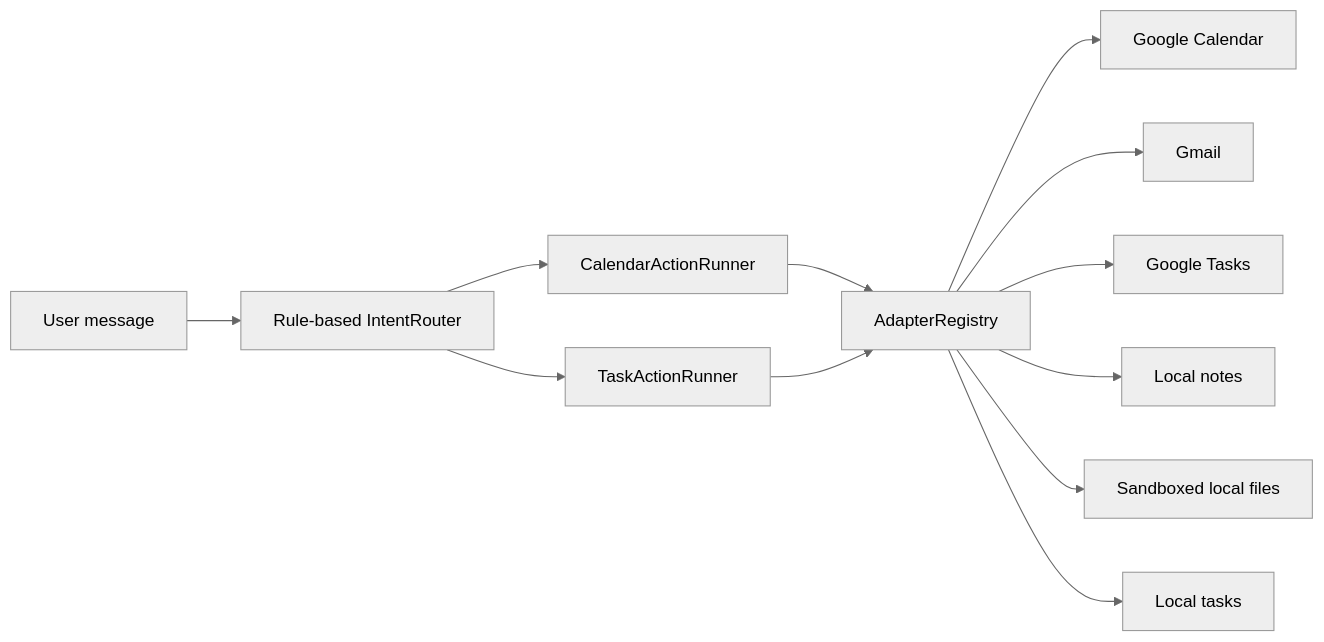
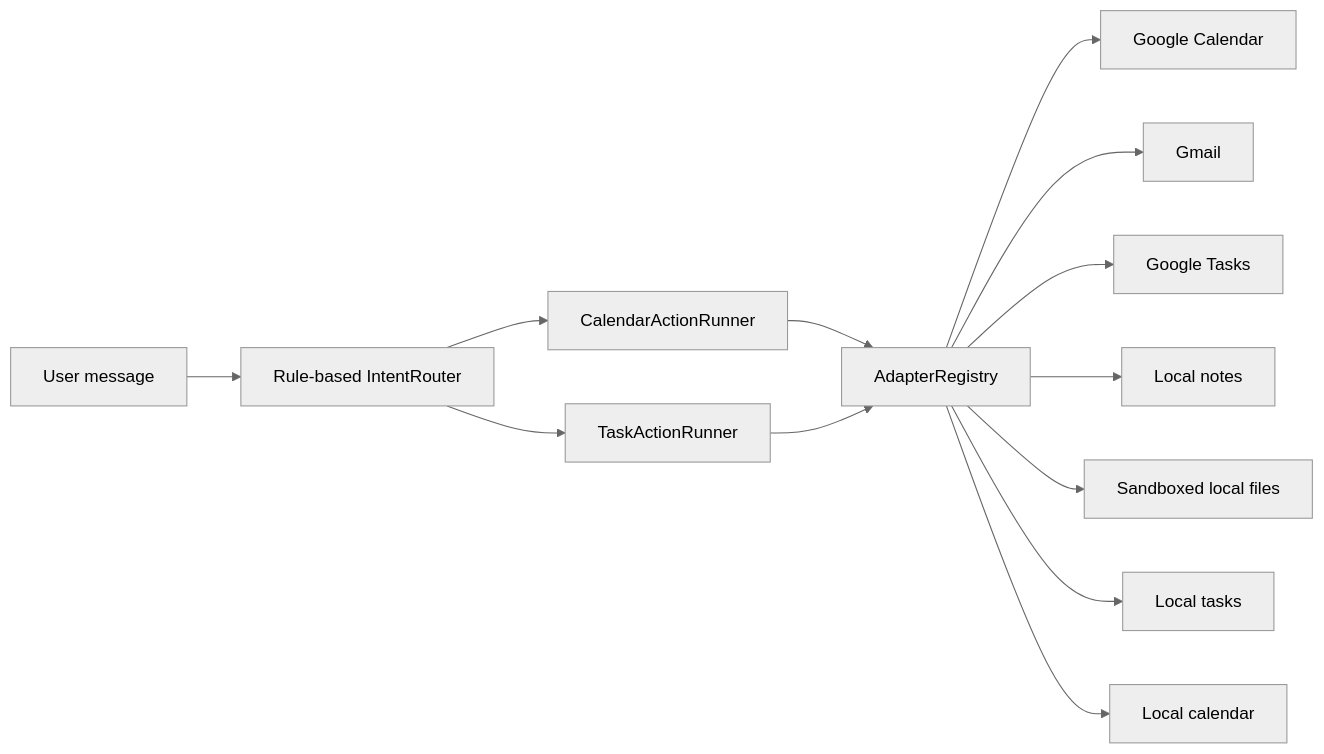
One commit to Sriman-Kunda-056/MyVibe changed the diagram in README.md. Above: the diagram before and after it, drawn with Mermaid (neutral theme). The commit also changed other lines of this file and 3 other files, not shown here.

Commit message:
expose local calendar adapter

````diff
--- a/README.md
+++ b/README.md
@@ -31,14 +31,15 @@
 ```mermaid
 flowchart LR
     U["User message"] --> R["Rule-based IntentRouter"]
     R --> C["CalendarActionRunner"]
     R --> T["TaskActionRunner"]
     C --> AR["AdapterRegistry"]
     T --> AR
     AR --> G1["Google Calendar"]
     AR --> G2["Gmail"]
     AR --> G3["Google Tasks"]
     AR --> L1["Local notes"]
     AR --> L2["Sandboxed local files"]
     AR --> L3["Local tasks"]
+    AR --> L4["Local calendar"]
 ```
````
